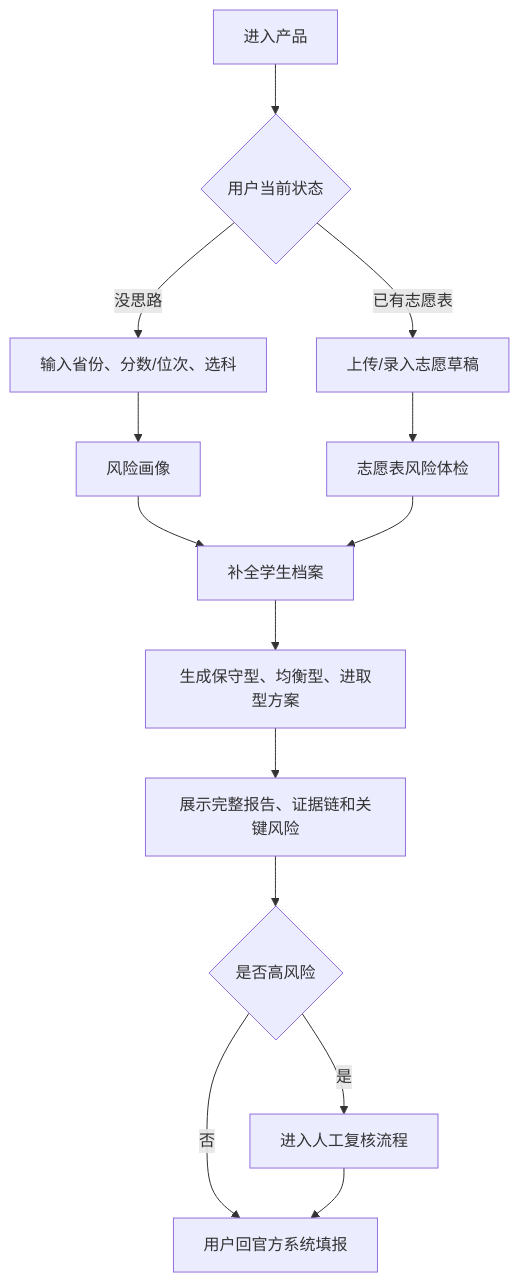
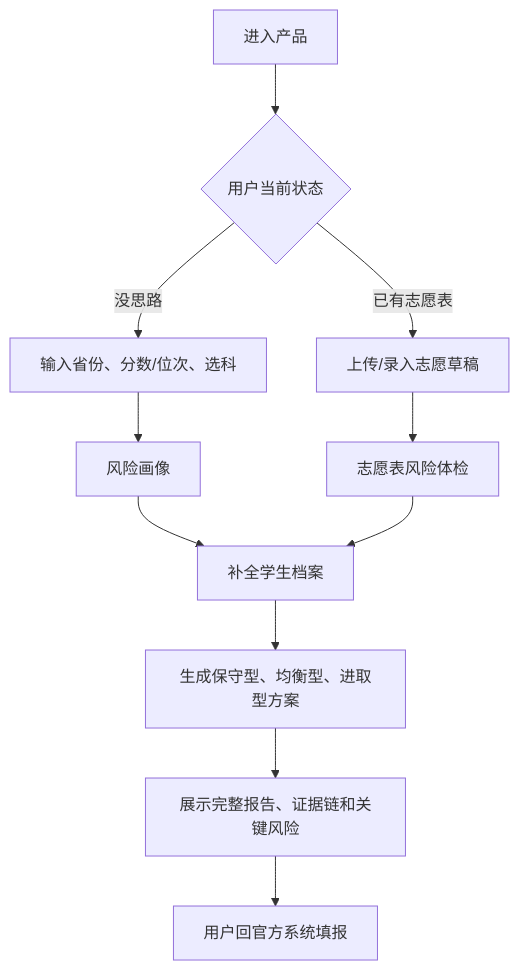
Before and after one commit to debugzhao/jin-guide: the first of 2 diagrams in README.md, drawn with Mermaid. The commit also changed other lines of this file and 14 other files, not shown here.

````diff
--- a/README.md
+++ b/README.md
@@ -154,16 +155,13 @@
 ```mermaid
 flowchart TD
   A["进入产品"] --> B{"用户当前状态"}
   B -- "没思路" --> C["输入省份、分数/位次、选科"]
   B -- "已有志愿表" --> D["上传/录入志愿草稿"]
   C --> F["风险画像"]
   D --> G["志愿表风险体检"]
   F --> I["补全学生档案"]
   G --> I
   I --> J["生成保守型、均衡型、进取型方案"]
   J --> K["展示完整报告、证据链和关键风险"]
-  K --> L{"是否高风险"}
-  L -- "是" --> M["进入人工复核流程"]
-  L -- "否" --> P["用户回官方系统填报"]
-  M --> P
+  K --> P["用户回官方系统填报"]
 ```
````
